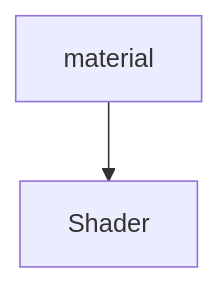
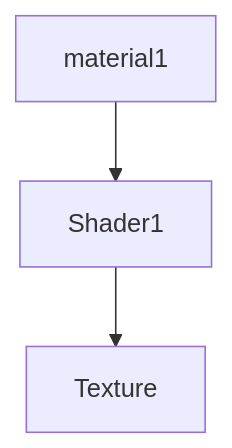
The second of 2 diagrams in README.md (Daiki-Iijima/Unity_ShaderPractice), drawn with Mermaid before and after one commit. The commit also changed other lines of this file and 8 other files, not shown here.

````diff
--- a/README.md
+++ b/README.md
@@ -5,5 +25,6 @@
 ```mermaid
 graph
 
-material --> Shader
+material1 --> Shader1 --> Texture
+
 ```
````
